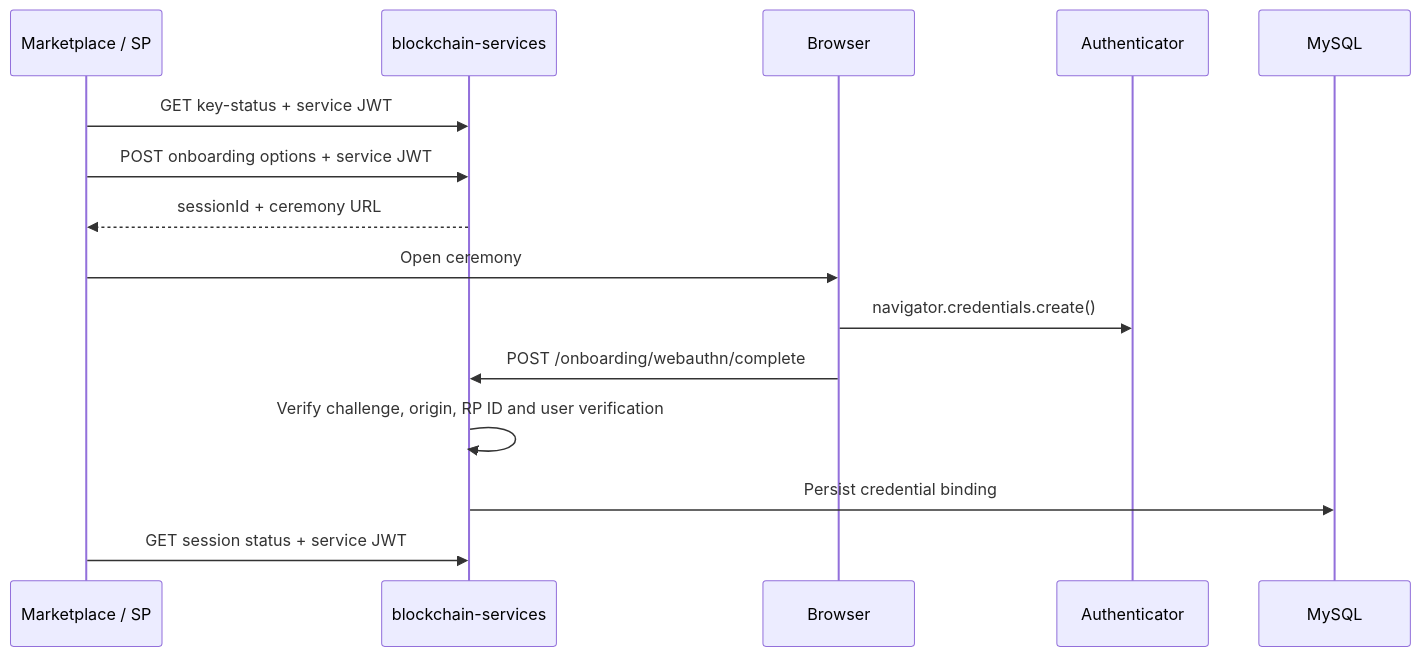
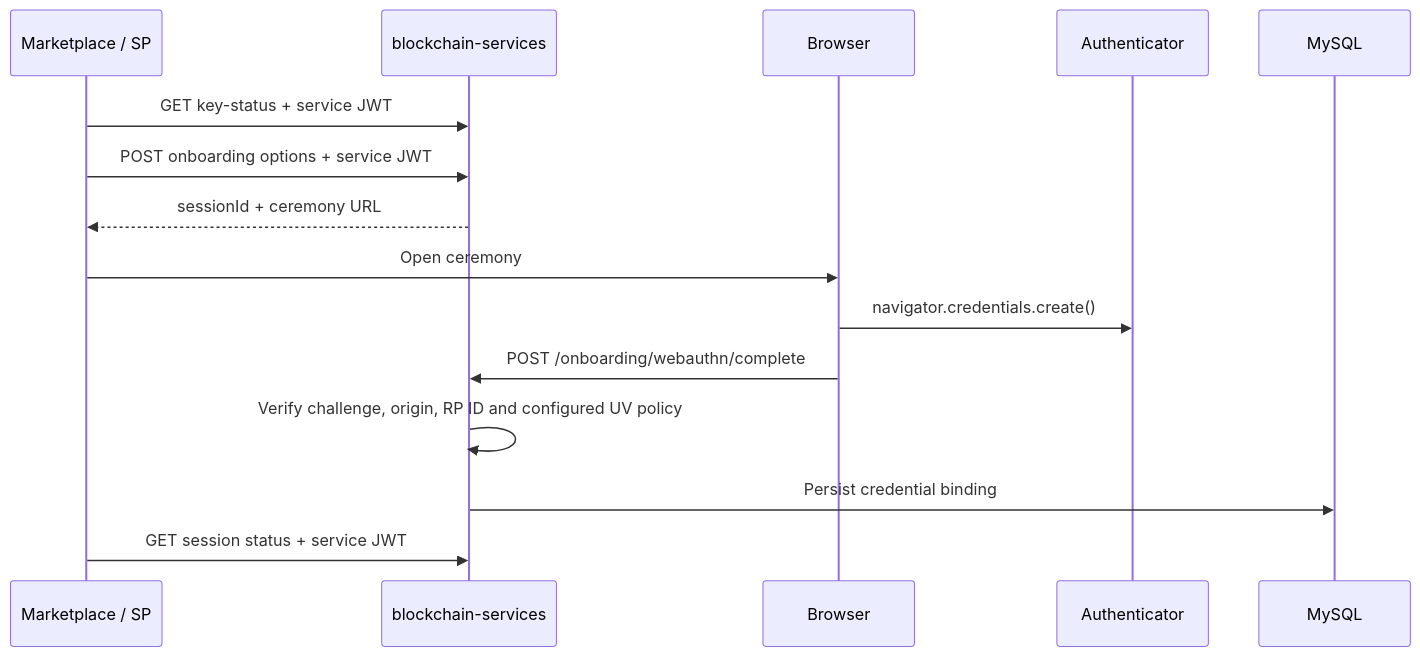
One commit to DecentraLabsCom/Blockchain-Services changed the sixth of 6 diagrams in docs/services/authentication/AUTH.md. Above: the diagram before and after it, drawn with Mermaid. The commit also changed other lines of this file and 11 other files, not shown here.

````diff
--- a/docs/services/authentication/AUTH.md
+++ b/docs/services/authentication/AUTH.md
@@ -242,18 +242,18 @@
 ```mermaid
 sequenceDiagram
     participant M as Marketplace / SP
     participant B as blockchain-services
     participant U as Browser
     participant A as Authenticator
     participant D as MySQL
 
     M->>B: GET key-status + service JWT
     M->>B: POST onboarding options + service JWT
     B-->>M: sessionId + ceremony URL
     M->>U: Open ceremony
     U->>A: navigator.credentials.create()
     U->>B: POST /onboarding/webauthn/complete
-    B->>B: Verify challenge, origin, RP ID and user verification
+    B->>B: Verify challenge, origin, RP ID and configured UV policy
     B->>D: Persist credential binding
     M->>B: GET session status + service JWT
 ```
````
